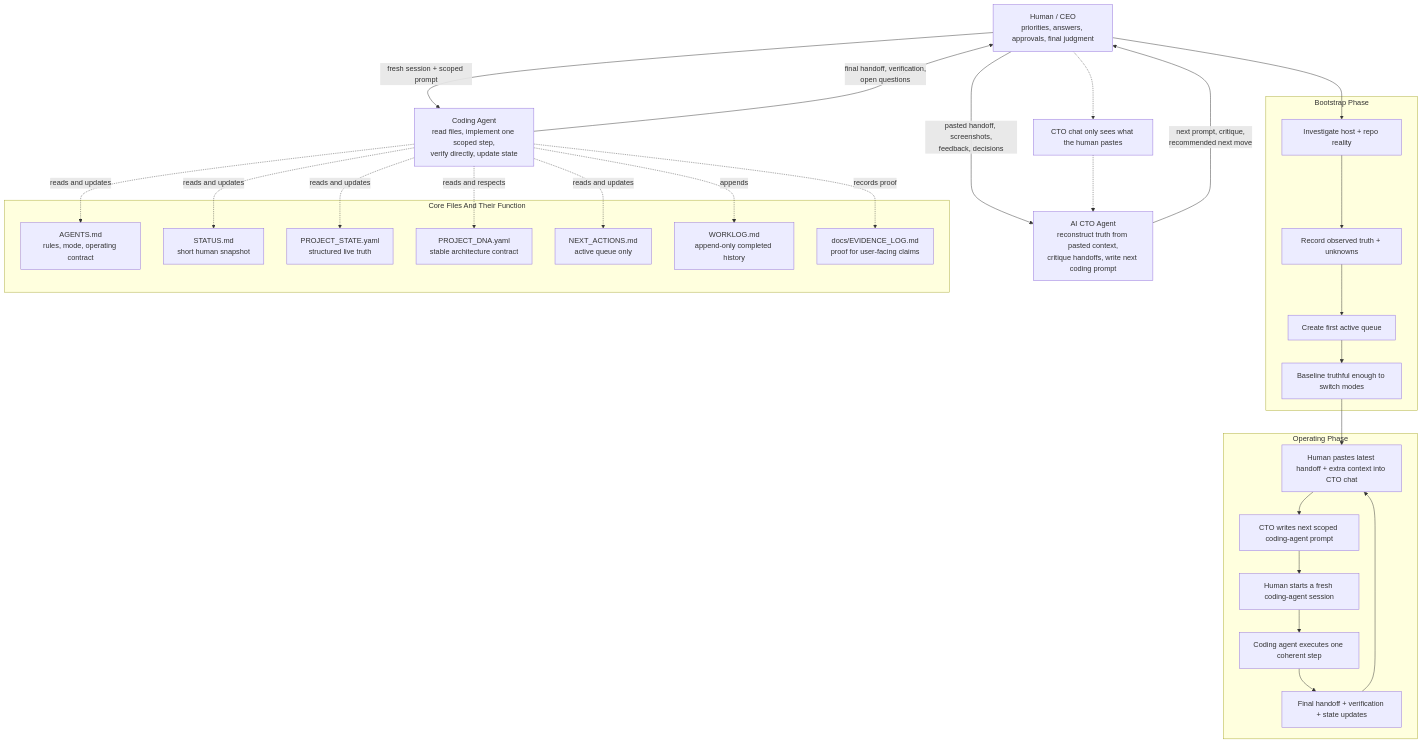
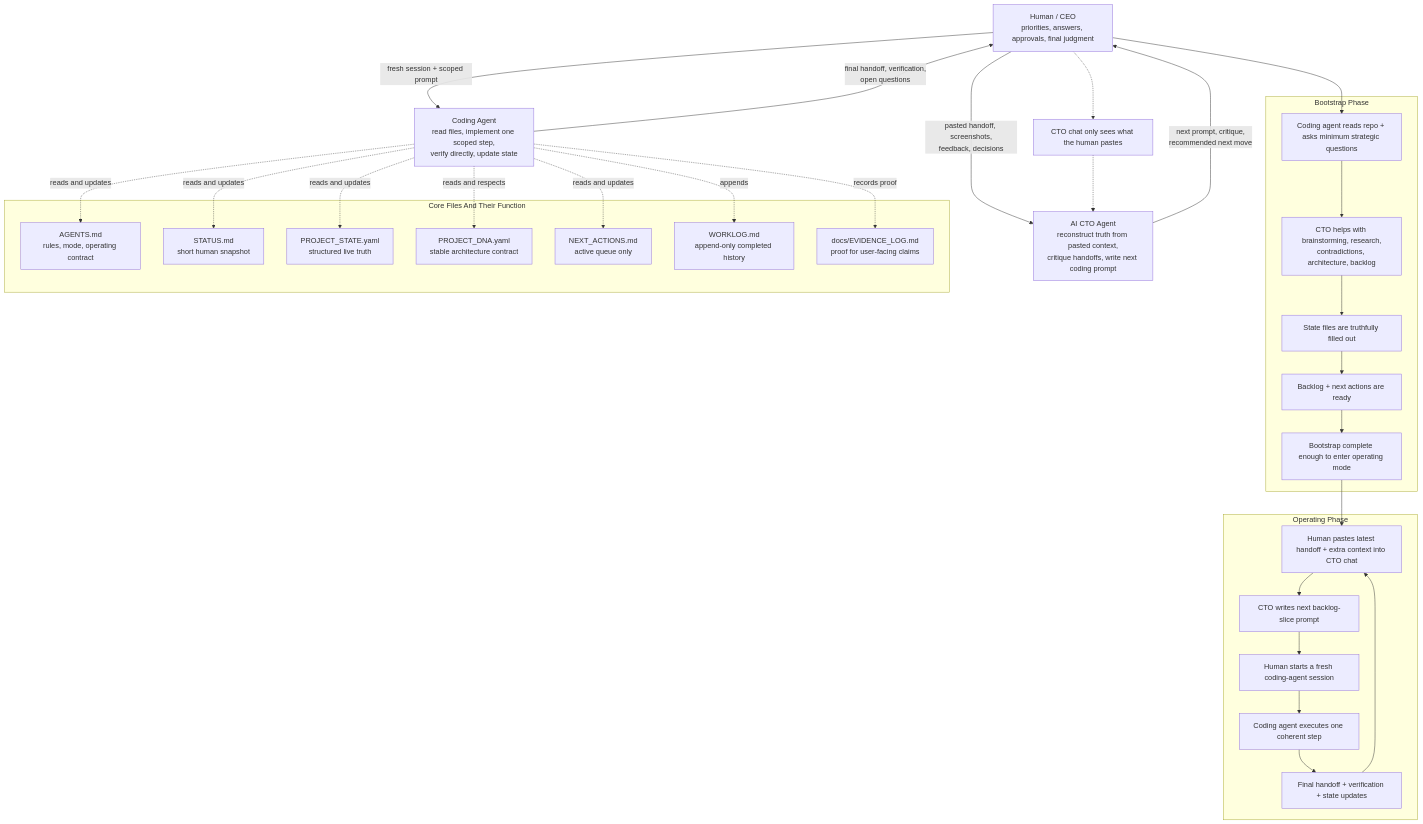
One commit to lennertvhoy/ProjectState_Template changed the diagram in README.md. Above: the diagram before and after it, drawn with Mermaid. The commit also changed other lines of this file and 10 other files, not shown here.

Commit message:
Expand bootstrap and operating workflow contract

````diff
--- a/README.md
+++ b/README.md
@@ -182,53 +211,54 @@
 ```mermaid
 flowchart TD
     H[Human / CEO<br/>priorities, answers, approvals, final judgment]
     CTO[AI CTO Agent<br/>reconstruct truth from pasted context,<br/>critique handoffs, write next coding prompt]
     CA[Coding Agent<br/>read files, implement one scoped step,<br/>verify directly, update state]
     NOTE[CTO chat only sees what the human pastes]
 
     subgraph Bootstrap["Bootstrap Phase"]
-        B1[Investigate host + repo reality]
-        B2[Record observed truth + unknowns]
-        B3[Create first active queue]
-        B4[Baseline truthful enough to switch modes]
-        B1 --> B2 --> B3 --> B4
+        B1[Coding agent reads repo + asks minimum strategic questions]
+        B2[CTO helps with brainstorming, research,<br/>contradictions, architecture, backlog]
+        B3[State files are truthfully filled out]
+        B4[Backlog + next actions are ready]
+        B5[Bootstrap complete enough to enter operating mode]
+        B1 --> B2 --> B3 --> B4 --> B5
     end
 
     subgraph Operating["Operating Phase"]
         O1[Human pastes latest handoff + extra context into CTO chat]
-        O2[CTO writes next scoped coding-agent prompt]
+        O2[CTO writes next backlog-slice prompt]
         O3[Human starts a fresh coding-agent session]
         O4[Coding agent executes one coherent step]
         O5[Final handoff + verification + state updates]
         O1 --> O2 --> O3 --> O4 --> O5 --> O1
     end
 
     subgraph Files["Core Files And Their Function"]
         AG[AGENTS.md<br/>rules, mode, operating contract]
         ST[STATUS.md<br/>short human snapshot]
         PS[PROJECT_STATE.yaml<br/>structured live truth]
         PD[PROJECT_DNA.yaml<br/>stable architecture contract]
         NA[NEXT_ACTIONS.md<br/>active queue only]
         WL[WORKLOG.md<br/>append-only completed history]
         EV[docs/EVIDENCE_LOG.md<br/>proof for user-facing claims]
     end
 
     H -->|pasted handoff, screenshots,<br/>feedback, decisions| CTO
     CTO -->|next prompt, critique,<br/>recommended next move| H
     H -->|fresh session + scoped prompt| CA
     CA -->|final handoff, verification,<br/>open questions| H
     H -.-> NOTE
     NOTE -.-> CTO
 
     H --> B1
-    B4 --> O1
+    B5 --> O1
 
     CA -. reads and updates .-> AG
     CA -. reads and updates .-> ST
     CA -. reads and updates .-> PS
     CA -. reads and respects .-> PD
     CA -. reads and updates .-> NA
     CA -. appends .-> WL
     CA -. records proof .-> EV
 
 ```
````
